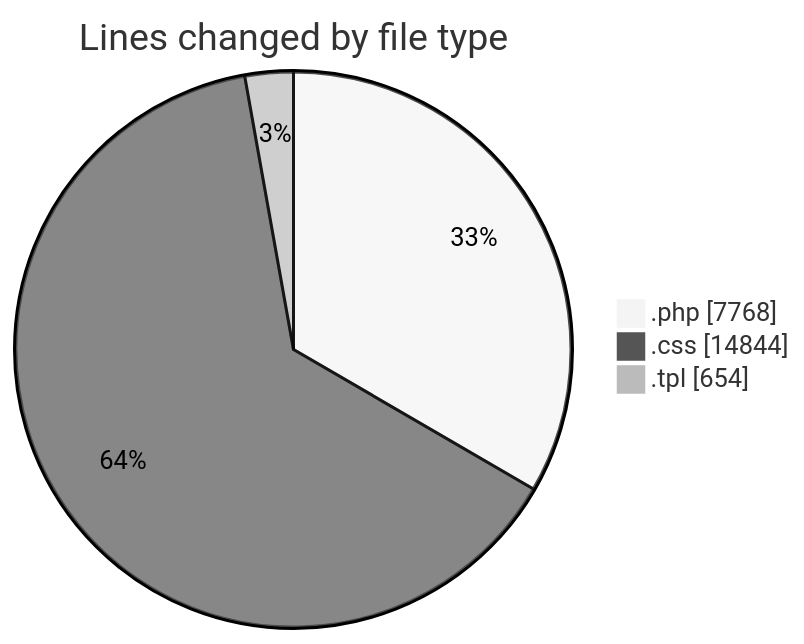
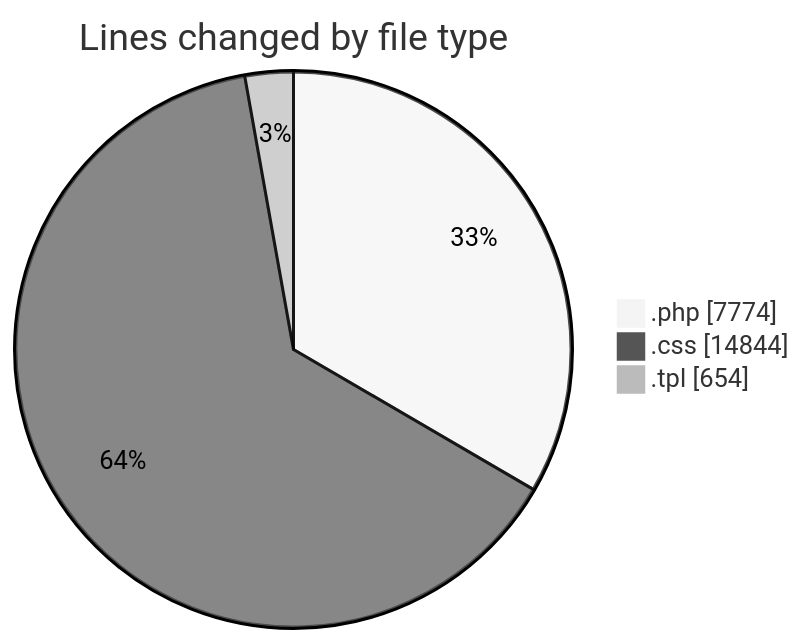
Before and after one commit to vahidmafi/code-tracking: the first of 2 diagrams in 2025-04-17/zeytoon/README.md, drawn with Mermaid (neutral theme). The commit also changed other lines of this file and 1 other file, not shown here.

````diff
--- a/2025-04-17/zeytoon/README.md
+++ b/2025-04-17/zeytoon/README.md
@@ -30,7 +30,7 @@
 ```mermaid
 pie showData
 title Lines changed by file type
-".php" : 7768
+".php" : 7774
 ".css" : 14844
 ".tpl" : 654
 ```
````
